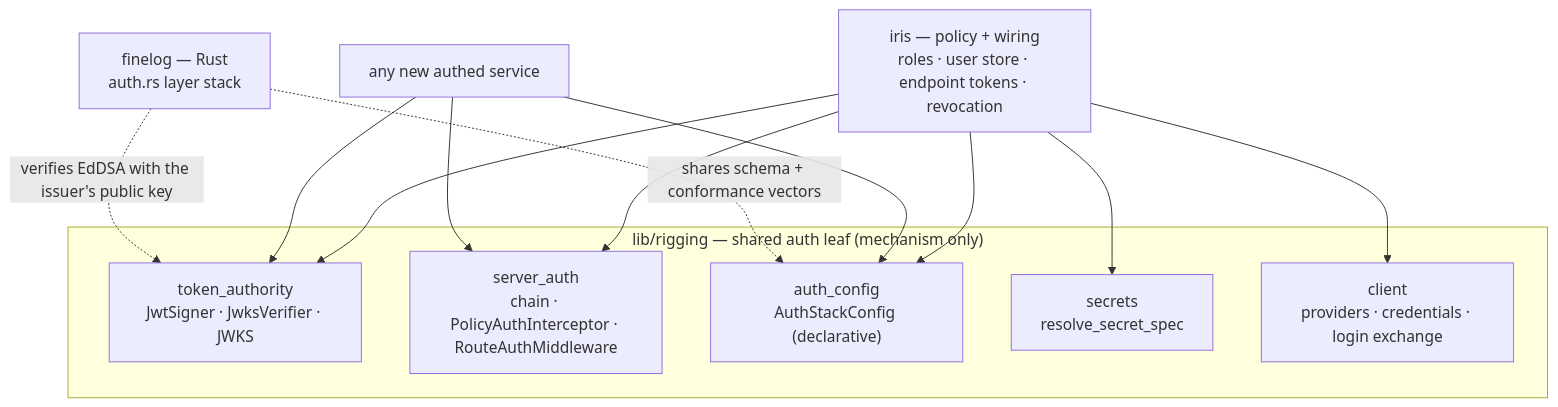
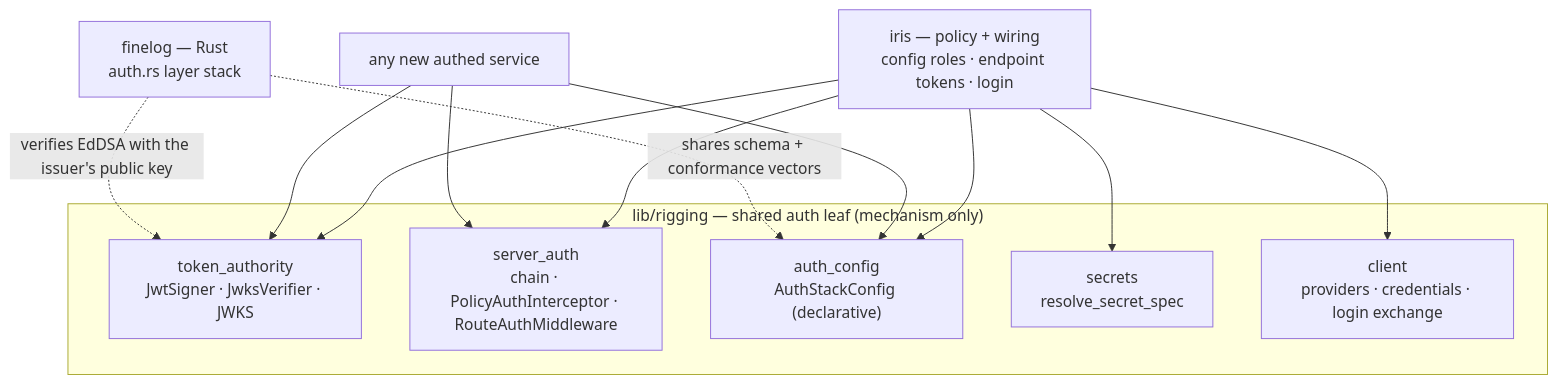
The first of 5 diagrams in .agents/projects/unified_server_auth/design.md (marin-community/marin), drawn with Mermaid before and after one commit. The commit also changed other lines of this file and 4 other files, not shown here.

````diff
--- a/.agents/projects/unified_server_auth/design.md
+++ b/.agents/projects/unified_server_auth/design.md
@@ -23,23 +32,23 @@
 ```mermaid
 graph TD
     subgraph RIG["lib/rigging — shared auth leaf (mechanism only)"]
         TA["token_authority<br/>JwtSigner · JwksVerifier · JWKS"]
         SA["server_auth<br/>chain · PolicyAuthInterceptor · RouteAuthMiddleware"]
         CFG["auth_config<br/>AuthStackConfig (declarative)"]
         SEC["secrets<br/>resolve_secret_spec"]
         CL["client<br/>providers · credentials · login exchange"]
     end
-    IRIS["iris — policy + wiring<br/>roles · user store · endpoint tokens · revocation"]
+    IRIS["iris — policy + wiring<br/>config roles · endpoint tokens · login"]
     FL["finelog — Rust<br/>auth.rs layer stack"]
     SVC["any new authed service"]
     IRIS --> TA
     IRIS --> SA
     IRIS --> CFG
     IRIS --> SEC
     IRIS --> CL
     SVC --> TA
     SVC --> SA
     SVC --> CFG
     FL -. "shares schema + conformance vectors" .-> CFG
     FL -. "verifies EdDSA with the issuer's public key" .-> TA
 ```
````
